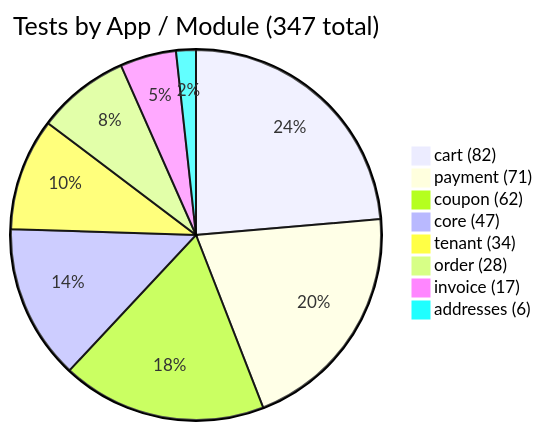
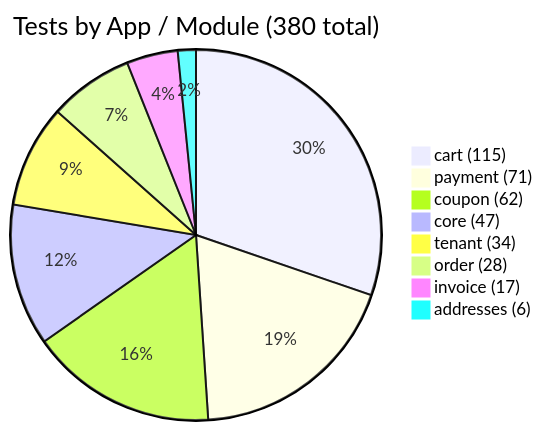
The first of 3 diagrams in docs/test-quality-summary.md (gadaou/zed-task), drawn with Mermaid before and after one commit. The commit also changed other lines of this file and 4 other files, not shown here.

````diff
--- a/docs/test-quality-summary.md
+++ b/docs/test-quality-summary.md
@@ -78,11 +78,11 @@
 ```mermaid
-pie title Tests by App / Module (347 total)
-    "cart (82)" : 82
+pie title Tests by App / Module (380 total)
+    "cart (115)" : 115
     "payment (71)" : 71
     "coupon (62)" : 62
     "core (47)" : 47
     "tenant (34)" : 34
     "order (28)" : 28
     "invoice (17)" : 17
     "addresses (6)" : 6
 ```
````
